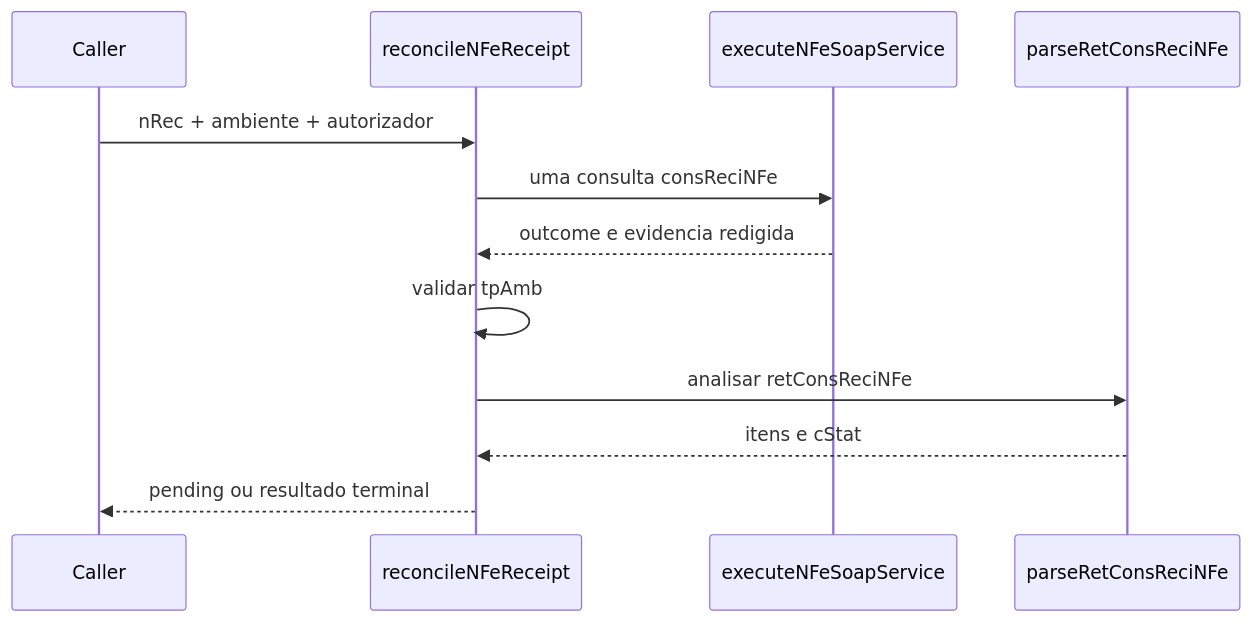
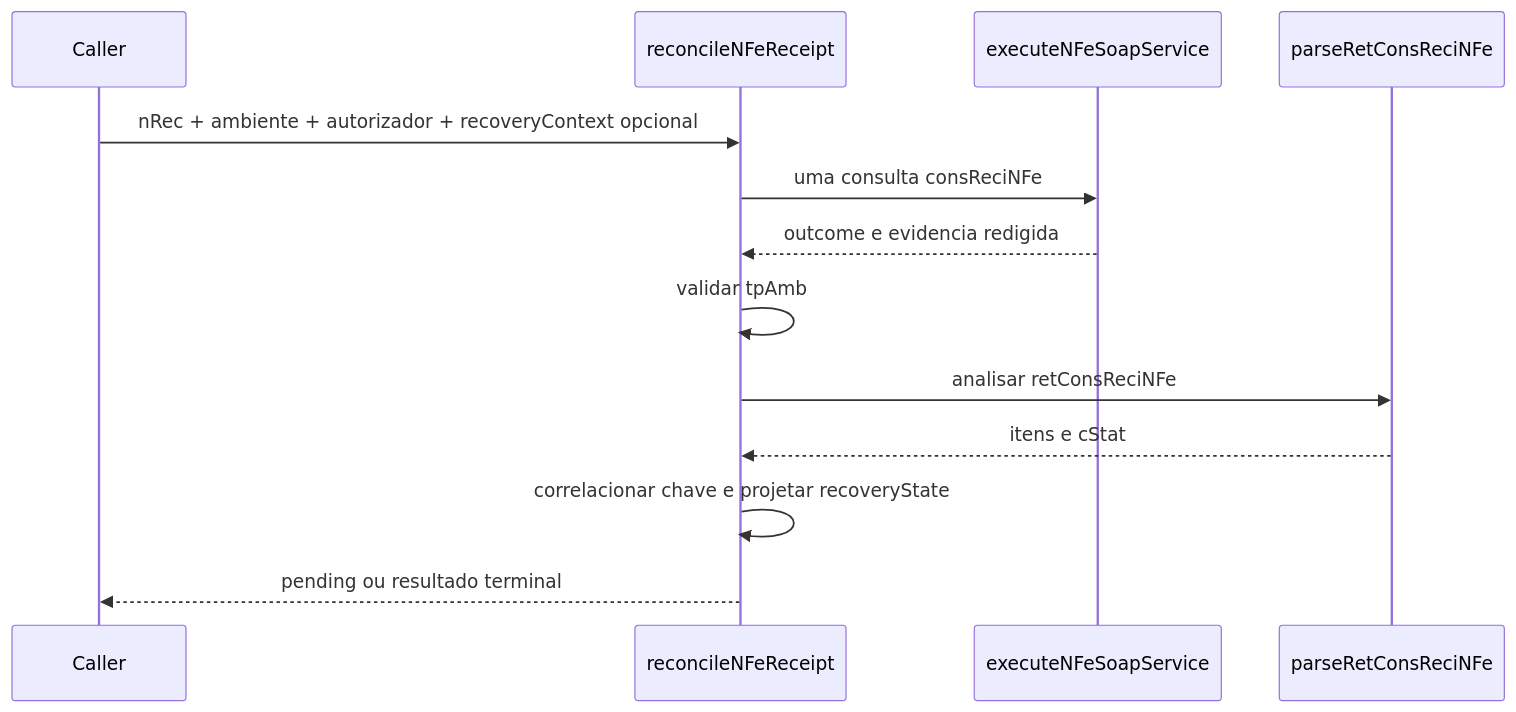
Before and after one commit to linkiez/nfe_sdk: the diagram in src/canonical/nfe/reconcile-nfe-receipt.doc.md, drawn with Mermaid. The commit also changed other lines of this file and 33 other files, not shown here.

````diff
--- a/src/canonical/nfe/reconcile-nfe-receipt.doc.md
+++ b/src/canonical/nfe/reconcile-nfe-receipt.doc.md
@@ -21,14 +22,15 @@
 ```mermaid
 sequenceDiagram
   participant Caller
   participant Reconcile as reconcileNFeReceipt
   participant SOAP as executeNFeSoapService
   participant Parser as parseRetConsReciNFe
-  Caller->>Reconcile: nRec + ambiente + autorizador
+  Caller->>Reconcile: nRec + ambiente + autorizador + recoveryContext opcional
   Reconcile->>SOAP: uma consulta consReciNFe
   SOAP-->>Reconcile: outcome e evidencia redigida
   Reconcile->>Reconcile: validar tpAmb
   Reconcile->>Parser: analisar retConsReciNFe
   Parser-->>Reconcile: itens e cStat
+  Reconcile->>Reconcile: correlacionar chave e projetar recoveryState
   Reconcile-->>Caller: pending ou resultado terminal
 ```
````
